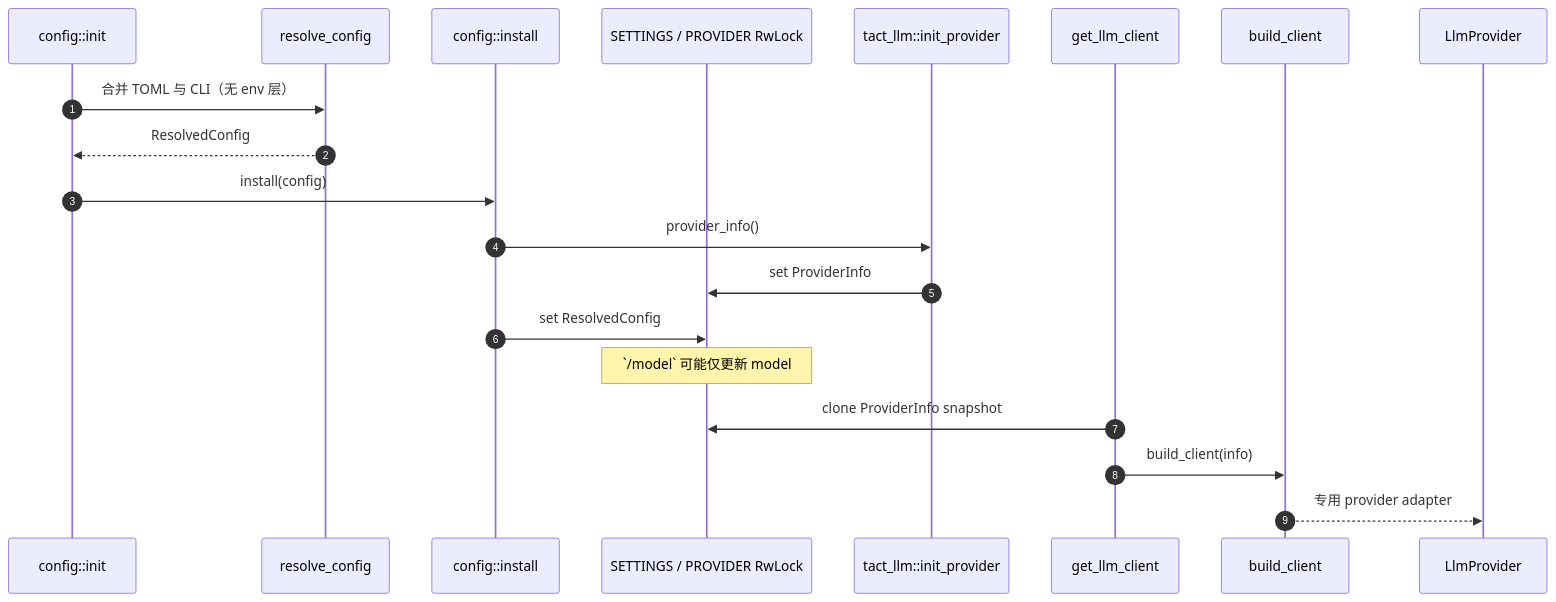
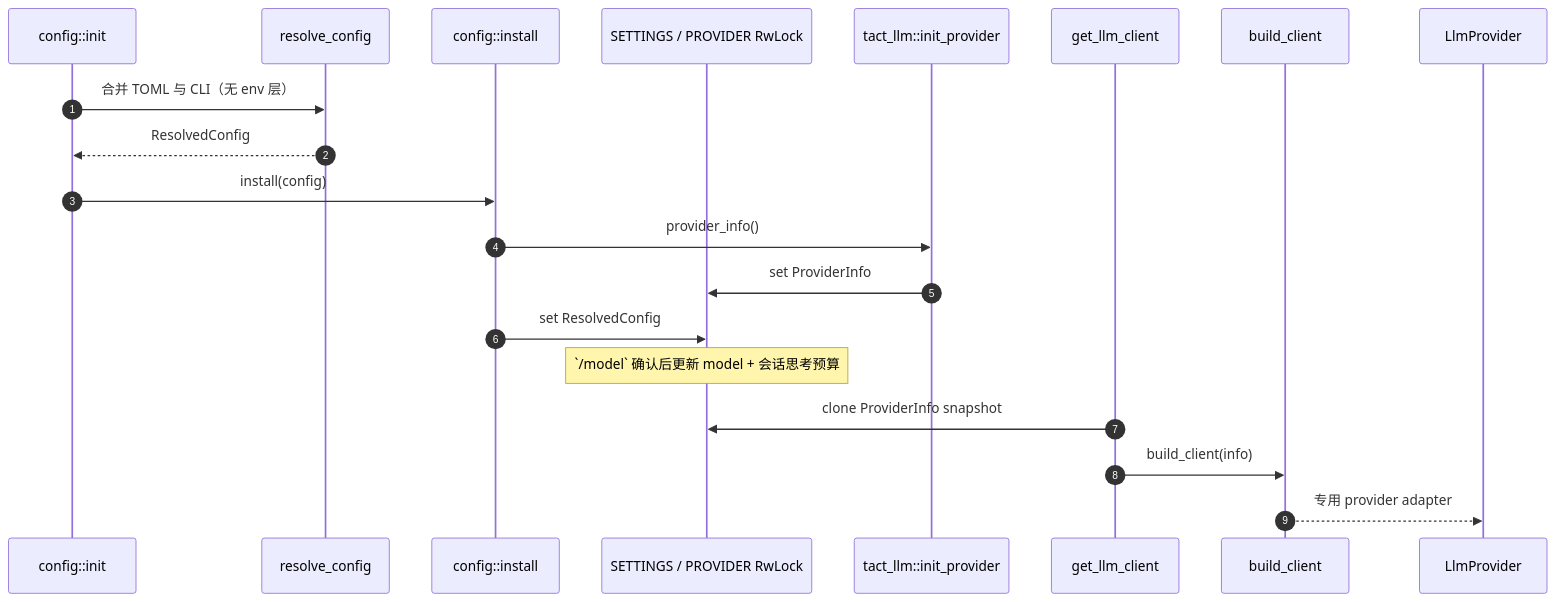
Before and after one commit to rust-infra/tact: the second of 5 diagrams in book/22_chapter_llm_zh.md, drawn with Mermaid. The commit also changed other lines of this file and 6 other files, not shown here.

````diff
--- a/book/22_chapter_llm_zh.md
+++ b/book/22_chapter_llm_zh.md
@@ -88,23 +91,23 @@
 ```mermaid
 sequenceDiagram
     autonumber
     participant Init as config::init
     participant Resolve as resolve_config
     participant Install as config::install
     participant State as SETTINGS / PROVIDER RwLock
     participant LlmInit as tact_llm::init_provider
     participant Get as get_llm_client
     participant Build as build_client
     participant Provider as LlmProvider
 
     Init->>Resolve: 合并 TOML 与 CLI（无 env 层）
     Resolve-->>Init: ResolvedConfig
     Init->>Install: install(config)
     Install->>LlmInit: provider_info()
     LlmInit->>State: set ProviderInfo
     Install->>State: set ResolvedConfig
-    Note over State: `/model` 可能仅更新 model
+    Note over State: `/model` 确认后更新 model + 会话思考预算
     Get->>State: clone ProviderInfo snapshot
     Get->>Build: build_client(info)
     Build-->>Provider: 专用 provider adapter
 ```
````
